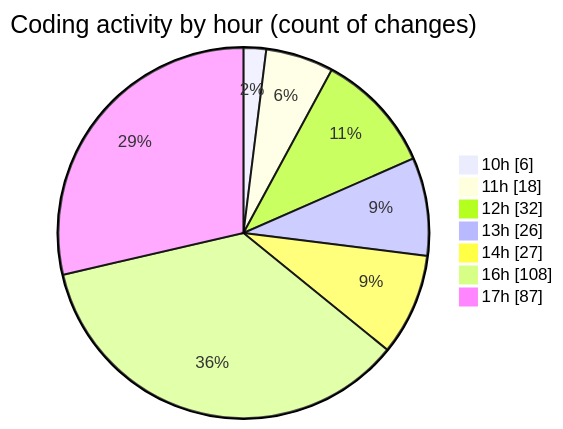
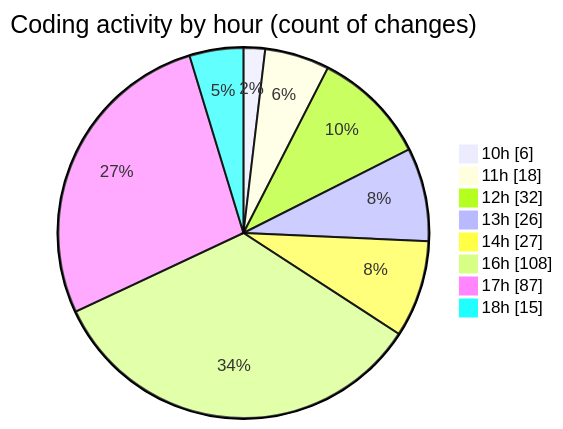
Before and after one commit to momahboobian/code-tracking: the second of 2 diagrams in 2026-09-03/cda/README.md, drawn with Mermaid. The commit also changed other lines of this file and 1 other file, not shown here.

````diff
--- a/2026-09-03/cda/README.md
+++ b/2026-09-03/cda/README.md
@@ -99,11 +99,12 @@
 ```mermaid
 pie showData
 title Coding activity by hour (count of changes)
 "10h" : 6
 "11h" : 18
 "12h" : 32
 "13h" : 26
 "14h" : 27
 "16h" : 108
 "17h" : 87
+"18h" : 15
 ```
````
